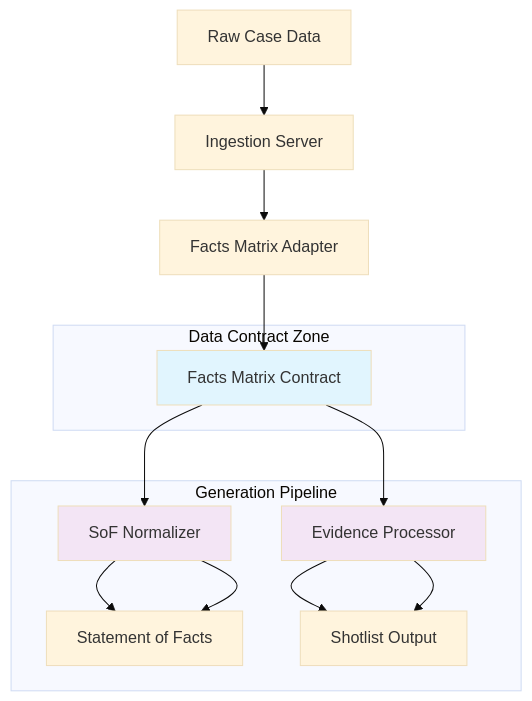
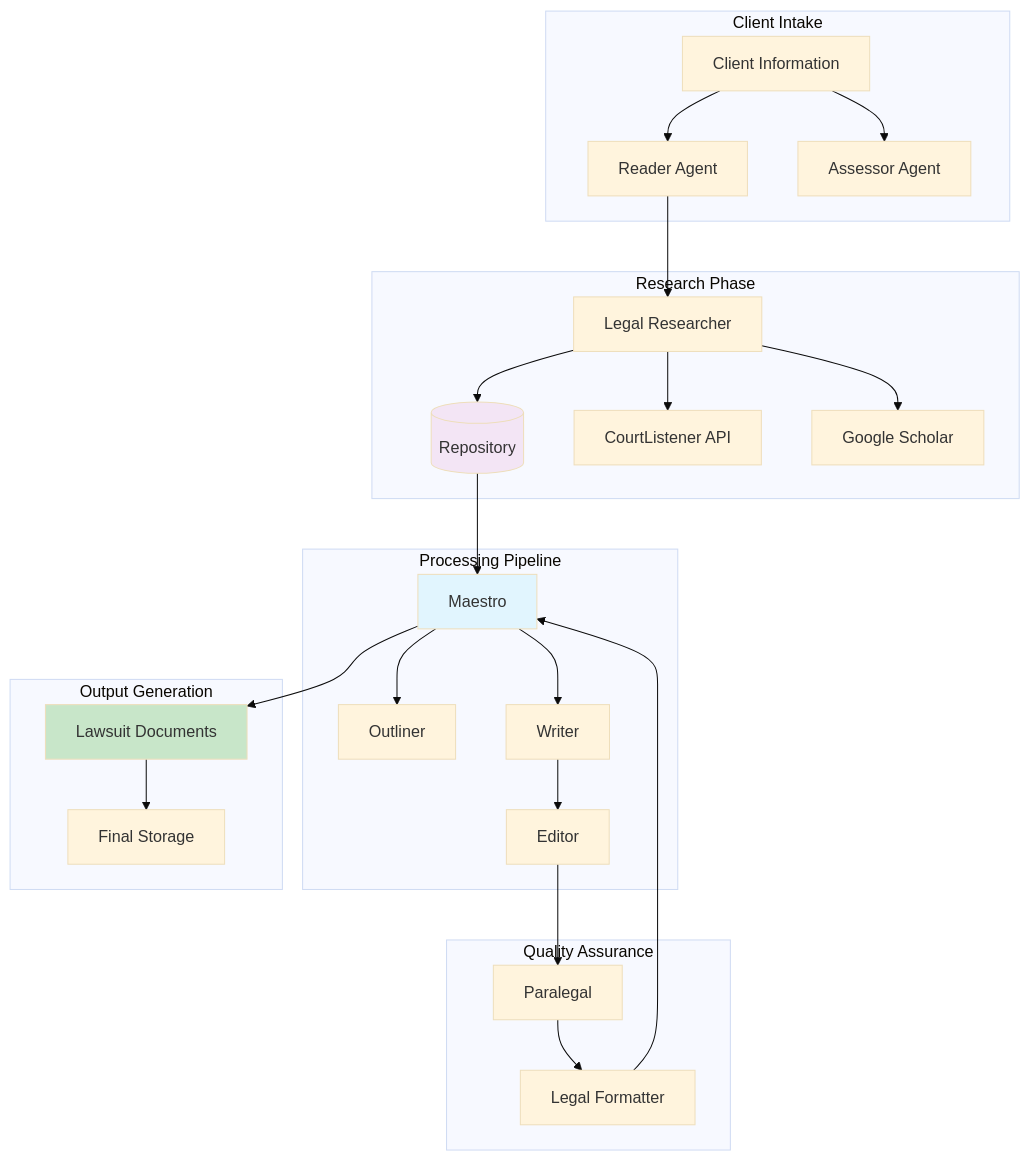
The first of 2 diagrams in SYSTEM_DOCUMENTATION.md (Demothedread/lawyerfactory), drawn with Mermaid (base theme) before and after one commit. The commit also changed other lines of this file and 159 other files, not shown here.

````diff
--- a/SYSTEM_DOCUMENTATION.md
+++ b/SYSTEM_DOCUMENTATION.md
@@ -64,23 +931,36 @@
 ```mermaid
-flowchart TD
-    A[Raw Case Data] --> B[Ingestion Server]
-    B --> C[Facts Matrix Adapter]
-    C --> D[Facts Matrix Contract]
-    D --> E[SoF Normalizer]
-    E --> F[Statement of Facts]
-    D --> G[Evidence Processor]
-    G --> H[Shotlist Output]
-    
-    subgraph "Data Contract Zone"
-        D
+graph TD
+    subgraph "Client Intake"
+        CI[Client Information] --> R[Reader Agent]
+        CI --> A[Assessor Agent]
     end
-    
-    subgraph "Generation Pipeline"
-        E --> F
-        G --> H
+
+    subgraph "Research Phase"
+        R --> LR[Legal Researcher]
+        LR --> DB[(Repository)]
+        LR --> CL[CourtListener API]
+        LR --> GS[Google Scholar]
     end
-    
-    style D fill:#e1f5fe
-    style E fill:#f3e5f5
-    style G fill:#f3e5f5
+
+    subgraph "Processing Pipeline"
+        DB --> M[Maestro]
+        M --> O[Outliner]
+        M --> W[Writer]
+        W --> E[Editor]
+    end
+
+    subgraph "Quality Assurance"
+        E --> P[Paralegal]
+        P --> LF[Legal Formatter]
+        LF --> M
+    end
+
+    subgraph "Output Generation"
+        M --> DOC[Lawsuit Documents]
+        DOC --> FS[Final Storage]
+    end
+
+    style M fill:#e1f5fe
+    style DB fill:#f3e5f5
+    style DOC fill:#c8e6c9
 ```
````
